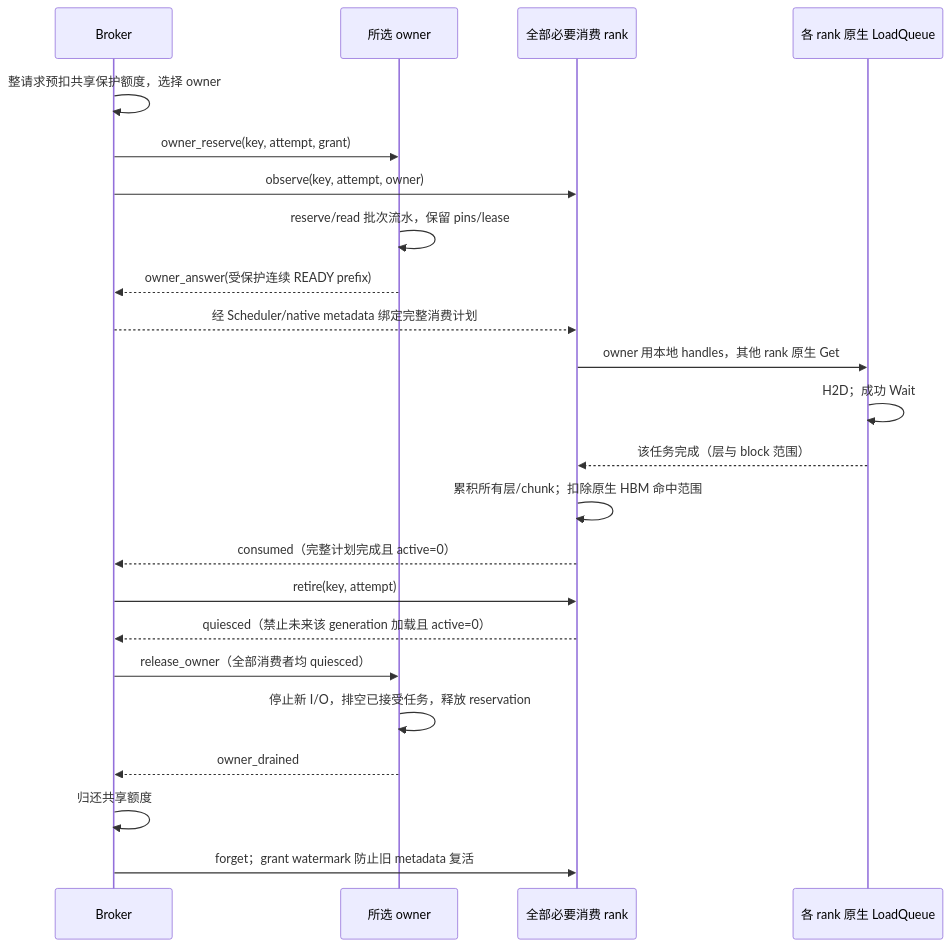
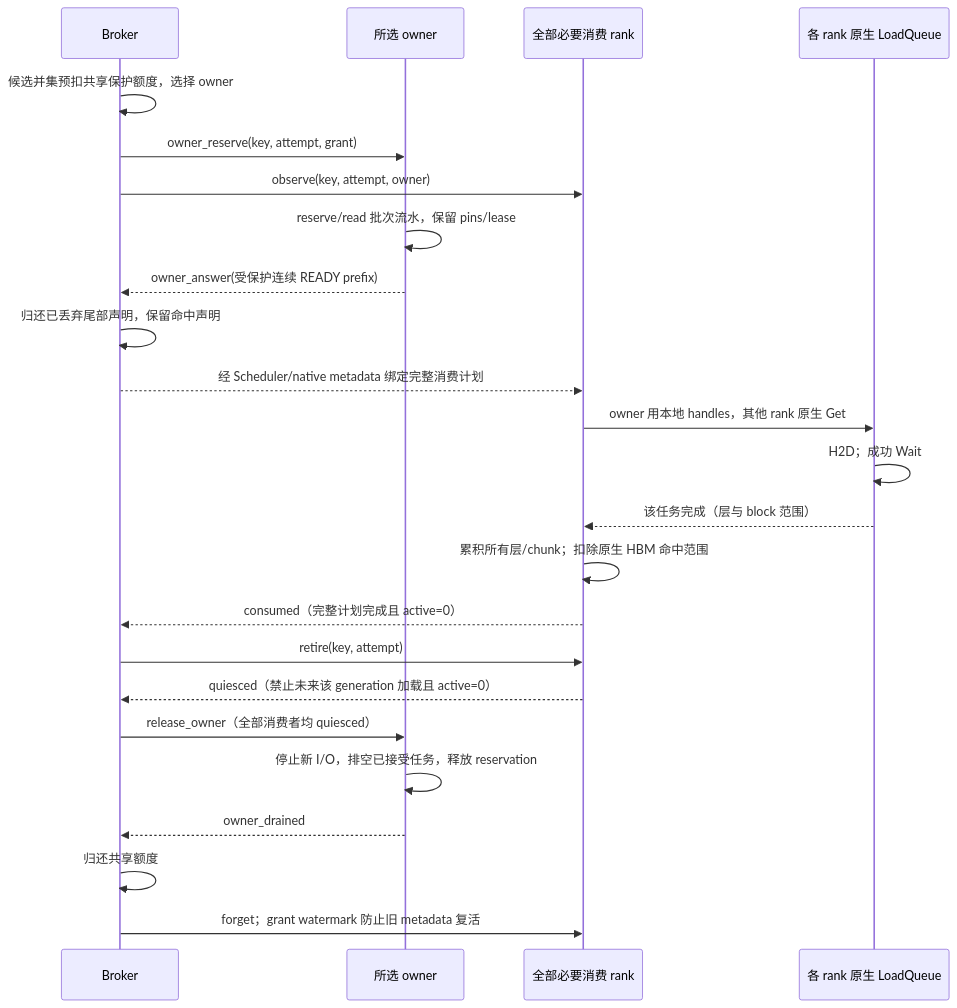
Before and after one commit to StorTecDev/ucm-prefetch: the third of 3 diagrams in docs/EARLY_PREFETCH_DESIGN.md, drawn with Mermaid. The commit also changed other lines of this file and 4 other files, not shown here.

````diff
--- a/docs/EARLY_PREFETCH_DESIGN.md
+++ b/docs/EARLY_PREFETCH_DESIGN.md
@@ -259,25 +263,26 @@
 ```mermaid
 sequenceDiagram
     participant B as Broker
     participant O as 所选 owner
     participant C as 全部必要消费 rank
     participant Q as 各 rank 原生 LoadQueue
-    B->>B: 整请求预扣共享保护额度，选择 owner
+    B->>B: 候选并集预扣共享保护额度，选择 owner
     B->>O: owner_reserve(key, attempt, grant)
     B->>C: observe(key, attempt, owner)
     O->>O: reserve/read 批次流水，保留 pins/lease
     O-->>B: owner_answer(受保护连续 READY prefix)
+    B->>B: 归还已丢弃尾部声明，保留命中声明
     B-->>C: 经 Scheduler/native metadata 绑定完整消费计划
     C->>Q: owner 用本地 handles，其他 rank 原生 Get
     Q->>Q: H2D；成功 Wait
     Q-->>C: 该任务完成（层与 block 范围）
     C->>C: 累积所有层/chunk；扣除原生 HBM 命中范围
     C-->>B: consumed（完整计划完成且 active=0）
     B->>C: retire(key, attempt)
     C-->>B: quiesced（禁止未来该 generation 加载且 active=0）
     B->>O: release_owner（全部消费者均 quiesced）
     O->>O: 停止新 I/O，排空已接受任务，释放 reservation
     O-->>B: owner_drained
     B->>B: 归还共享额度
     B->>C: forget；grant watermark 防止旧 metadata 复活
 ```
````
